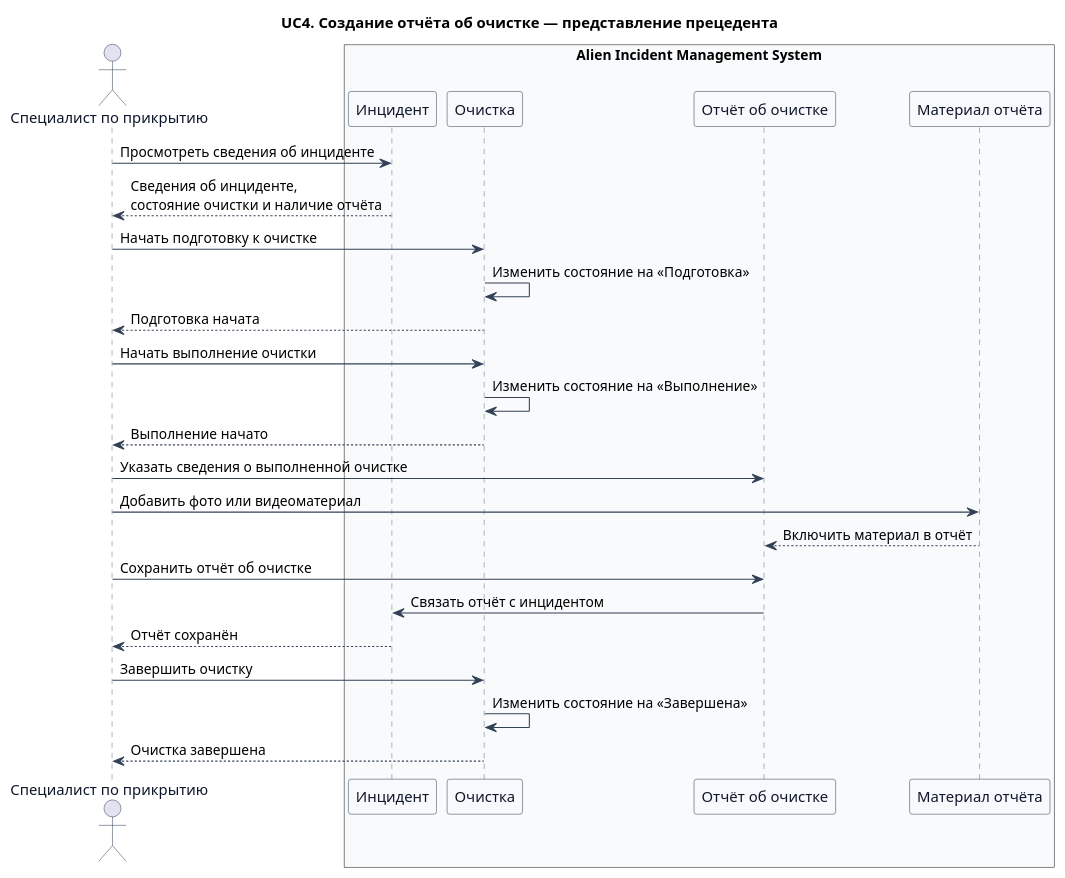
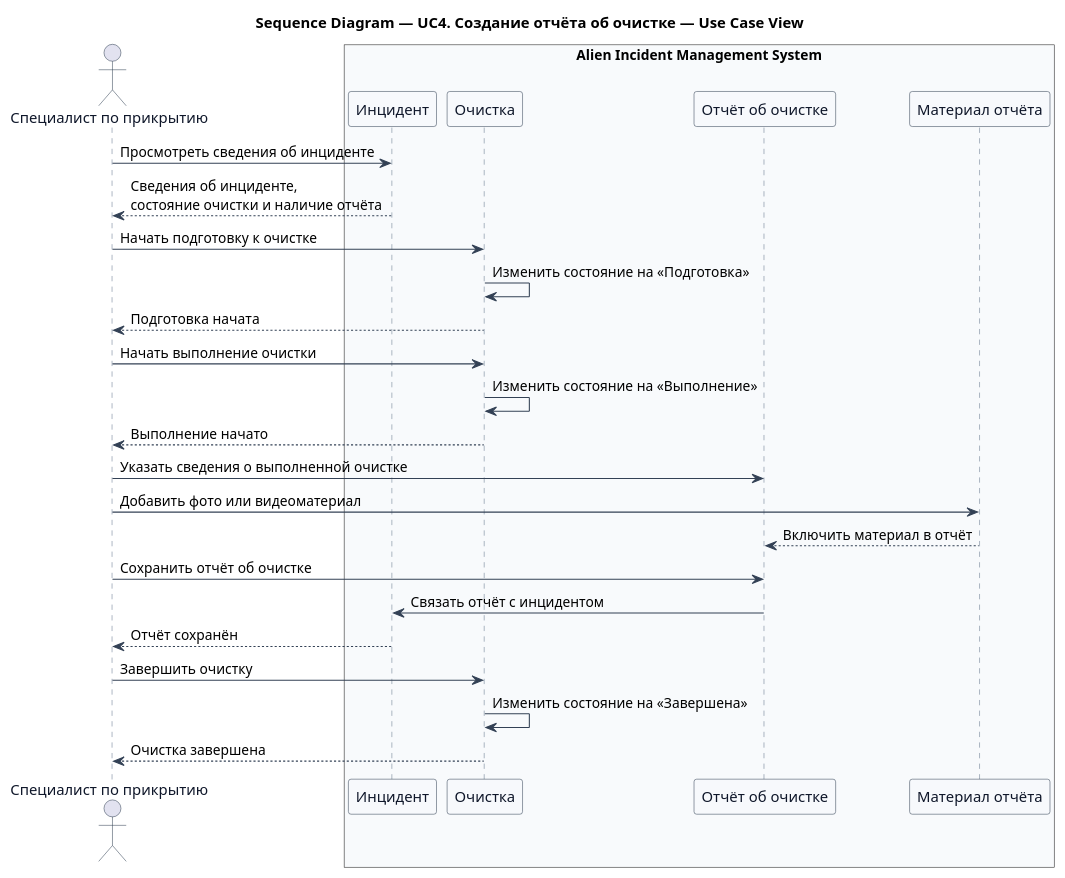
One commit to Andryss/AIMS changed the first of 3 diagrams in docs/sequence/UC4.md. Above: the diagram before and after it, drawn with PlantUML. The commit also changed other lines of this file and 31 other files, not shown here.

````diff
--- a/docs/sequence/UC4.md
+++ b/docs/sequence/UC4.md
@@ -3,50 +3,50 @@
 ```plantuml
 @startuml aims_uc4_sequence_use_case_view
-title UC4. Создание отчёта об очистке — представление прецедента
+title Sequence Diagram — UC4. Создание отчёта об очистке — Use Case View
 scale max 3800 width
 
 skinparam shadowing false
 skinparam sequence {
   ActorBorderColor #334155
   ActorFontColor #0F172A
   LifeLineBorderColor #64748B
   ParticipantBackgroundColor #F7F9FC
   ParticipantBorderColor #334155
   ParticipantFontColor #0F172A
   ArrowColor #334155
 }
 
 actor "Специалист по прикрытию" as Cleaner
 
 box "Alien Incident Management System" #F8FAFC
   participant "Инцидент" as Incident
   participant "Очистка" as Cleanup
   participant "Отчёт об очистке" as Report
   participant "Материал отчёта" as Material
 end box
 
 Cleaner -> Incident: Просмотреть сведения об инциденте
 Incident --> Cleaner: Сведения об инциденте,\nсостояние очистки и наличие отчёта
 
 Cleaner -> Cleanup: Начать подготовку к очистке
 Cleanup -> Cleanup: Изменить состояние на «Подготовка»
 Cleanup --> Cleaner: Подготовка начата
 
 Cleaner -> Cleanup: Начать выполнение очистки
 Cleanup -> Cleanup: Изменить состояние на «Выполнение»
 Cleanup --> Cleaner: Выполнение начато
 
 Cleaner -> Report: Указать сведения о выполненной очистке
 
 Cleaner -> Material: Добавить фото или видеоматериал
 Material --> Report: Включить материал в отчёт
 
 Cleaner -> Report: Сохранить отчёт об очистке
 Report -> Incident: Связать отчёт с инцидентом
 Incident --> Cleaner: Отчёт сохранён
 
 Cleaner -> Cleanup: Завершить очистку
 Cleanup -> Cleanup: Изменить состояние на «Завершена»
 Cleanup --> Cleaner: Очистка завершена
 @enduml
 ```
````
